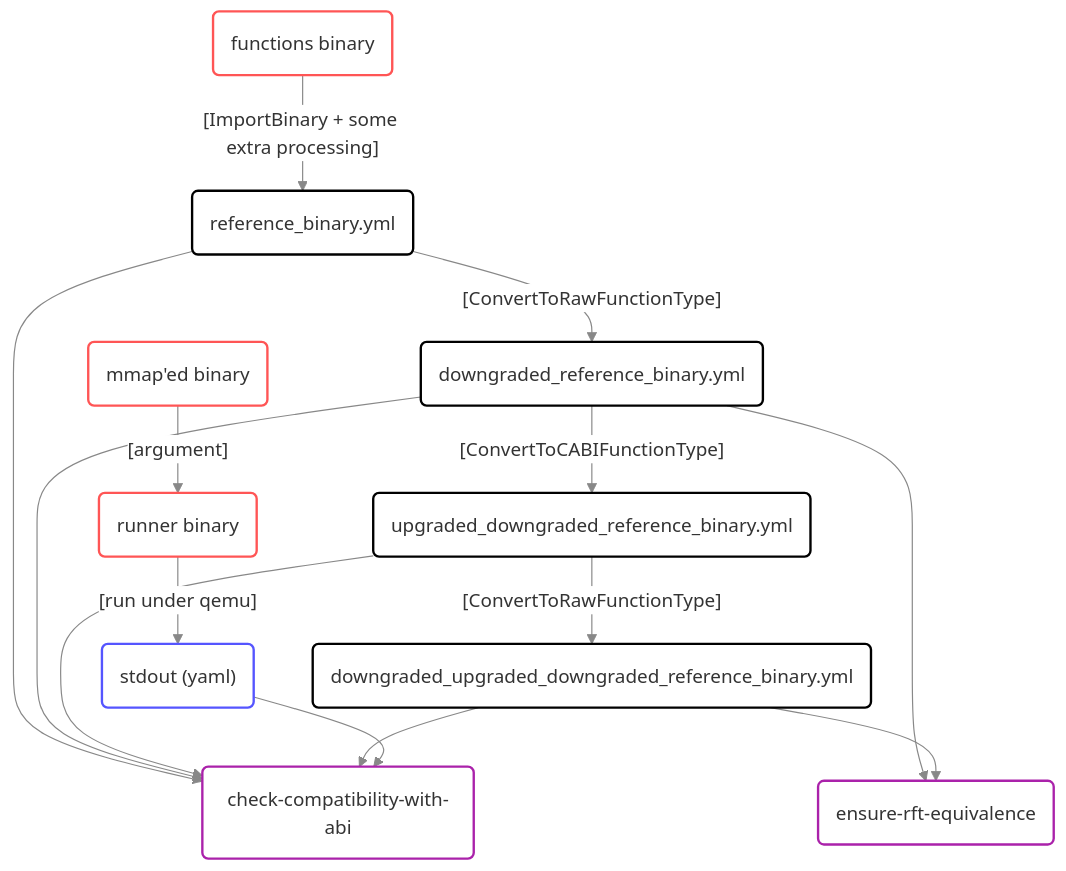
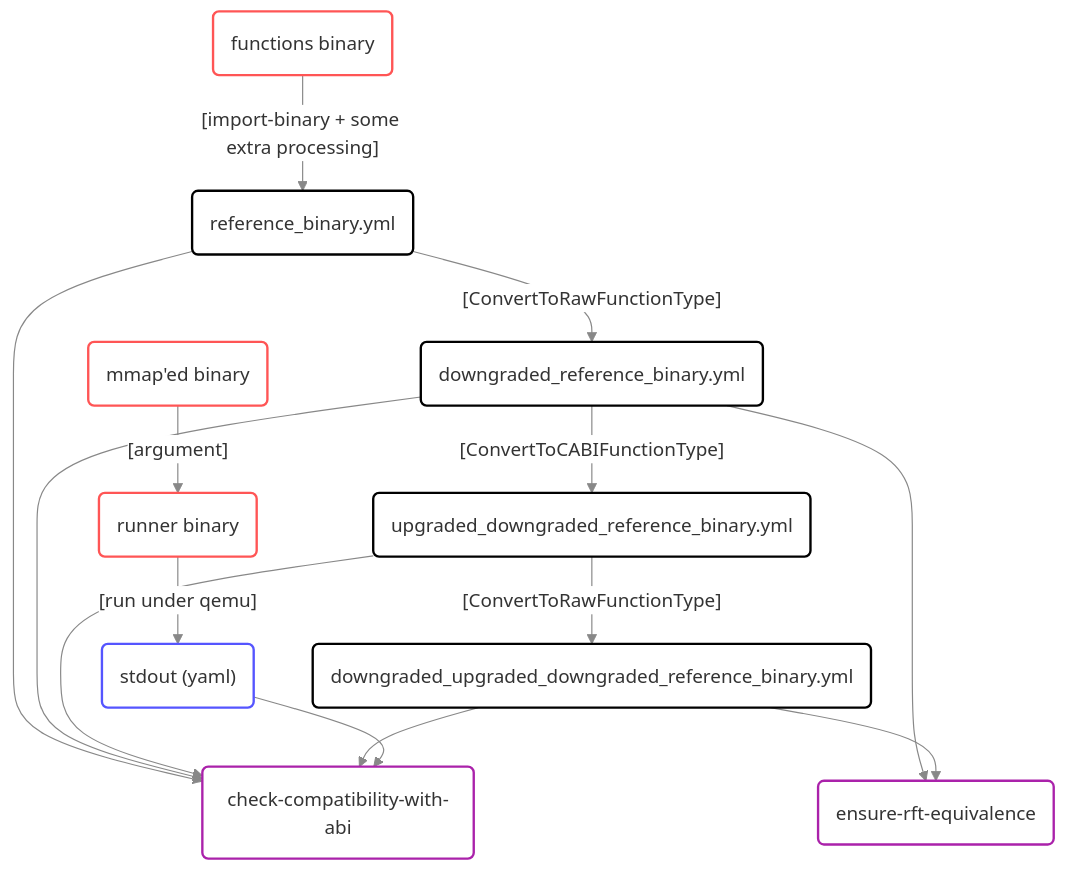
The first of 2 diagrams in share/revng/test/tests/abi/README.md (revng/revng), drawn with Mermaid before and after one commit. The commit also changed other lines of this file and 10 other files, not shown here.

````diff
--- a/share/revng/test/tests/abi/README.md
+++ b/share/revng/test/tests/abi/README.md
@@ -7,45 +7,45 @@
 ```mermaid
 %%{init: {'themeVariables': { 'edgeLabelBackground': 'white'}}}%%
 graph TB
   linkStyle default stroke: #888
   classDef black fill: #fff, stroke: #000, stroke-width: 2px
   classDef red fill: #fff, stroke: #f55, stroke-width: 2px
   classDef blue fill: #fff, stroke: #55f, stroke-width: 2px
   classDef green fill: #fff, stroke: #090, stroke-width: 2px
   classDef purple fill: #fff, stroke: #a2a, stroke-width: 2px
 
   fb(functions binary)
   rb(runner binary)
   mb(mmap'ed binary)
   class fb,rb,mb red
 
   reference_binary.yml(reference_binary.yml)
   downgraded_reference_binary.yml(downgraded_reference_binary.yml)
   upgraded_downgraded_reference_binary.yml(upgraded_downgraded_reference_binary.yml)
   downgraded_upgraded_downgraded_reference_binary.yml(downgraded_upgraded_downgraded_reference_binary.yml)
   class reference_binary.yml,downgraded_reference_binary.yml,upgraded_downgraded_reference_binary.yml,downgraded_upgraded_downgraded_reference_binary.yml black
 
   yaml("stdout (yaml)")
   class yaml blue
 
   check-compatibility-with-abi(check-compatibility-with-abi)
   ensure-rft-equivalence(ensure-rft-equivalence)
   class check-compatibility-with-abi,ensure-rft-equivalence purple
 
-  fb -- "[ImportBinary + some extra processing]" --> reference_binary.yml
+  fb -- "[import-binary + some extra processing]" --> reference_binary.yml
   reference_binary.yml -- "[ConvertToRawFunctionType]" --> downgraded_reference_binary.yml
   downgraded_reference_binary.yml -- "[ConvertToCABIFunctionType]" --> upgraded_downgraded_reference_binary.yml
   upgraded_downgraded_reference_binary.yml -- "[ConvertToRawFunctionType]" --> downgraded_upgraded_downgraded_reference_binary.yml
 
   rb -- "[run under qemu]" --> yaml
   mb -- "[argument]" --> rb
 
   reference_binary.yml --> check-compatibility-with-abi
   downgraded_reference_binary.yml --> check-compatibility-with-abi
   upgraded_downgraded_reference_binary.yml --> check-compatibility-with-abi
   downgraded_upgraded_downgraded_reference_binary.yml --> check-compatibility-with-abi
   yaml --> check-compatibility-with-abi
 
   downgraded_reference_binary.yml --> ensure-rft-equivalence
   downgraded_upgraded_downgraded_reference_binary.yml --> ensure-rft-equivalence
 ```
````
